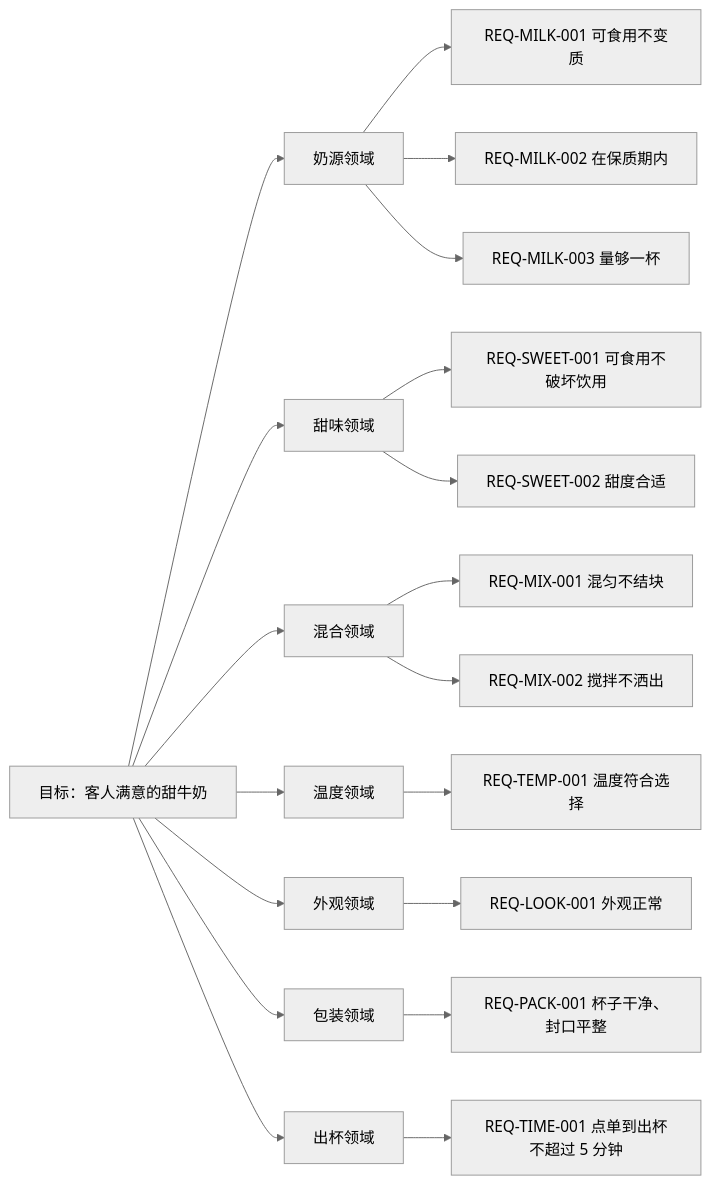
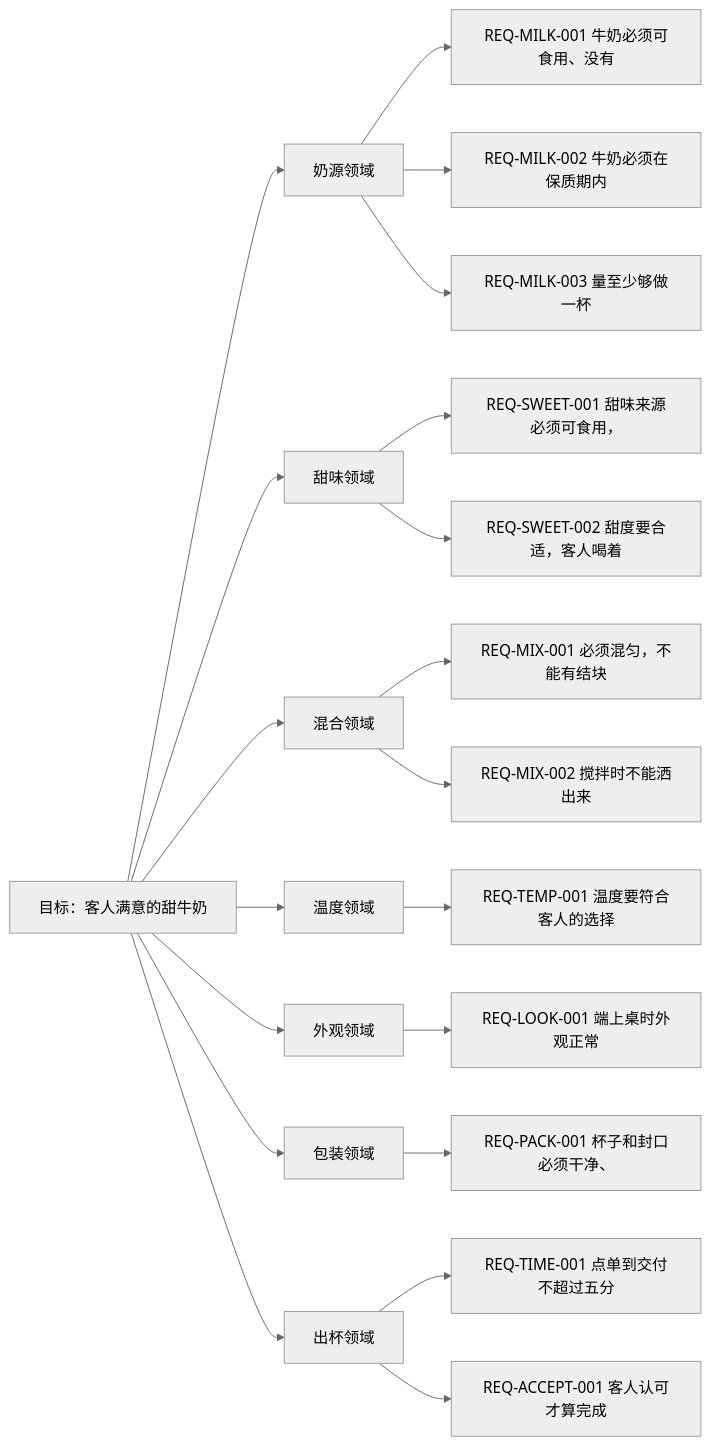
Before and after one commit to morewhyhan/Ignite: the diagram in docs/GOAL-milk.md, drawn with Mermaid (neutral theme). The commit also changed other lines of this file and 1 other file, not shown here.

Commit message:
docs: write the milk goal from the research

````diff
--- a/docs/GOAL-milk.md
+++ b/docs/GOAL-milk.md
@@ -7,29 +8,42 @@
 ```mermaid
 flowchart LR
   G["目标：客人满意的甜牛奶"]
   D1["奶源领域"]
+  G --> D1
   D2["甜味领域"]
+  G --> D2
   D3["混合领域"]
+  G --> D3
   D4["温度领域"]
+  G --> D4
   D5["外观领域"]
+  G --> D5
   D6["包装领域"]
+  G --> D6
   D7["出杯领域"]
-  G --> D1
-  G --> D2
-  G --> D3
-  G --> D4
-  G --> D5
-  G --> D6
   G --> D7
-  D1 --> R11["REQ-MILK-001 可食用不变质"]
-  D1 --> R12["REQ-MILK-002 在保质期内"]
-  D1 --> R13["REQ-MILK-003 量够一杯"]
-  D2 --> R21["REQ-SWEET-001 可食用不破坏饮用"]
-  D2 --> R22["REQ-SWEET-002 甜度合适"]
-  D3 --> R31["REQ-MIX-001 混匀不结块"]
-  D3 --> R32["REQ-MIX-002 搅拌不洒出"]
-  D4 --> R41["REQ-TEMP-001 温度符合选择"]
-  D5 --> R51["REQ-LOOK-001 外观正常"]
-  D6 --> R61["REQ-PACK-001 杯子干净、封口平整"]
-  D7 --> R71["REQ-TIME-001 点单到出杯不超过 5 分钟"]
+  R1["REQ-MILK-001 牛奶必须可食用、没有"]
+  D1 --> R1
+  R2["REQ-MILK-002 牛奶必须在保质期内"]
+  D1 --> R2
+  R3["REQ-MILK-003 量至少够做一杯"]
+  D1 --> R3
+  R4["REQ-SWEET-001 甜味来源必须可食用，"]
+  D2 --> R4
+  R5["REQ-SWEET-002 甜度要合适，客人喝着"]
+  D2 --> R5
+  R6["REQ-MIX-001 必须混匀，不能有结块"]
+  D3 --> R6
+  R7["REQ-MIX-002 搅拌时不能洒出来"]
+  D3 --> R7
+  R8["REQ-TEMP-001 温度要符合客人的选择"]
+  D4 --> R8
+  R9["REQ-LOOK-001 端上桌时外观正常"]
+  D5 --> R9
+  R10["REQ-PACK-001 杯子和封口必须干净、"]
+  D6 --> R10
+  R11["REQ-TIME-001 点单到交付不超过五分"]
+  D7 --> R11
+  R12["REQ-ACCEPT-001 客人认可才算完成"]
+  D7 --> R12
 ```
````
